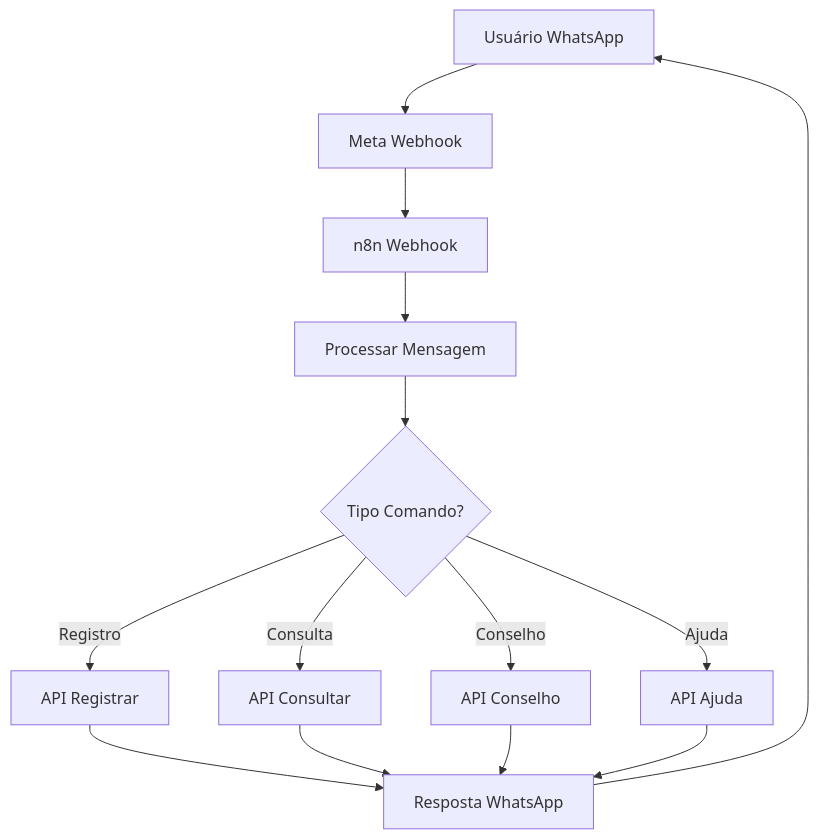
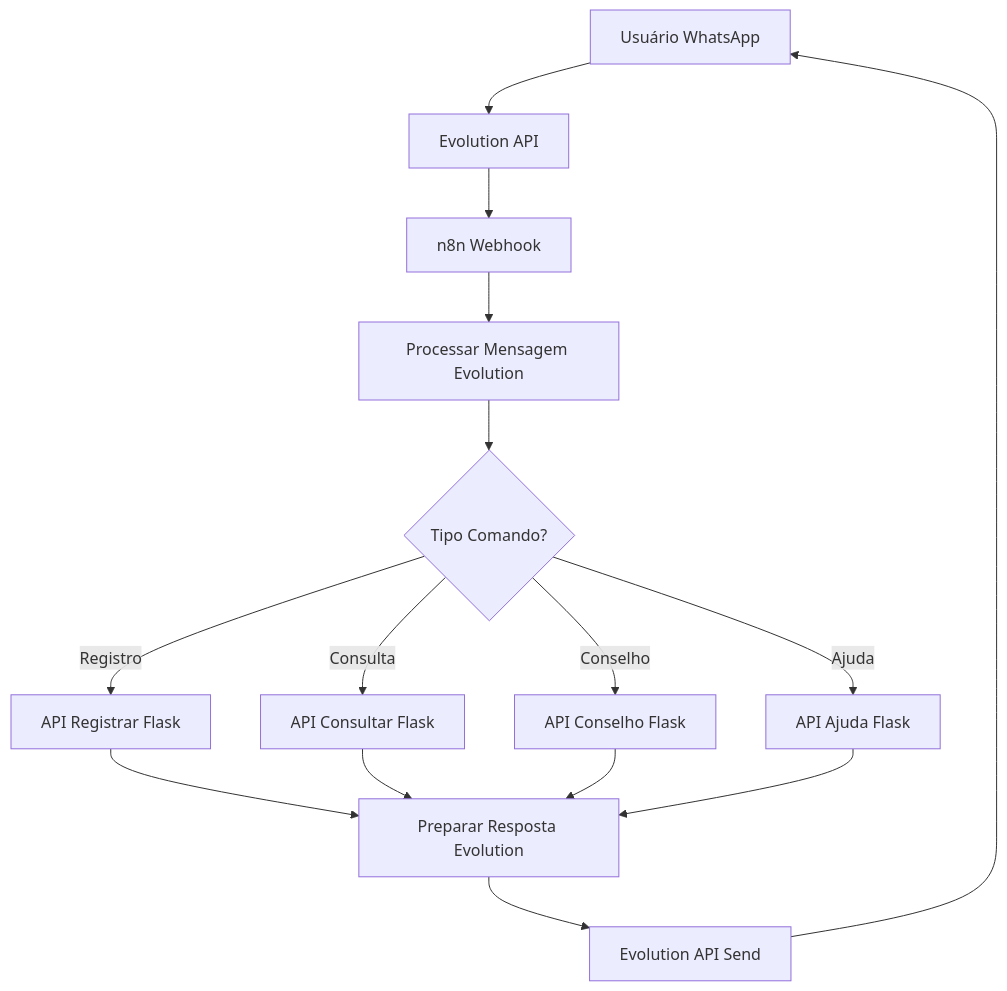
Before and after one commit to AlexandroGranja/Assistente-Financeiro: the diagram in README.md, drawn with Mermaid. The commit also changed other lines of this file and 2 other files, not shown here.

Commit message:
Refactor: Replace WhatsApp API with Evolution API (#2)

````diff
--- a/README.md
+++ b/README.md
@@ -176,16 +230,17 @@
 ```mermaid
 graph TD
-    A[Usuário WhatsApp] --> B[Meta Webhook]
+    A[Usuário WhatsApp] --> B[Evolution API]
     B --> C[n8n Webhook]
-    C --> D[Processar Mensagem]
+    C --> D[Processar Mensagem Evolution]
     D --> E{Tipo Comando?}
-    E -->|Registro| F[API Registrar]
-    E -->|Consulta| G[API Consultar]
-    E -->|Conselho| H[API Conselho]
-    E -->|Ajuda| I[API Ajuda]
-    F --> J[Resposta WhatsApp]
+    E -->|Registro| F[API Registrar Flask]
+    E -->|Consulta| G[API Consultar Flask]
+    E -->|Conselho| H[API Conselho Flask]
+    E -->|Ajuda| I[API Ajuda Flask]
+    F --> J[Preparar Resposta Evolution]
     G --> J
     H --> J
     I --> J
-    J --> A
+    J --> K[Evolution API Send]
+    K --> A
 ```
````
